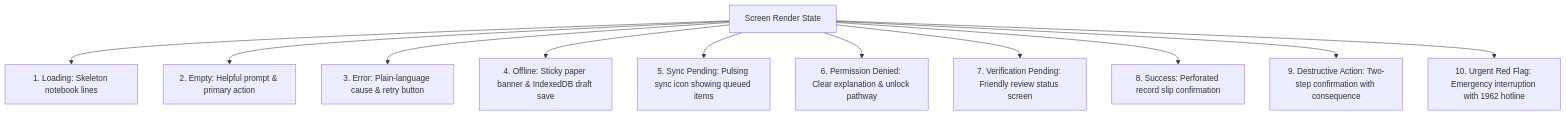
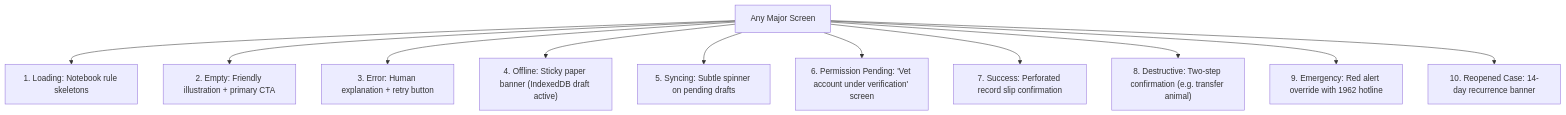
Before and after one commit to chetanbhagore/PashuSachet: the second of 2 diagrams in FRONTEND_DESIGN_SPEC.md, drawn with Mermaid. The commit also changed other lines of this file, not shown here.

````diff
--- a/FRONTEND_DESIGN_SPEC.md
+++ b/FRONTEND_DESIGN_SPEC.md
@@ -296,13 +192,13 @@
 ```mermaid
 flowchart TD
-    State["Screen Render State"] --> S1["1. Loading: Skeleton notebook lines"]
-    State --> S2["2. Empty: Helpful prompt & primary action"]
-    State --> S3["3. Error: Plain-language cause & retry button"]
-    State --> S4["4. Offline: Sticky paper banner & IndexedDB draft save"]
-    State --> S5["5. Sync Pending: Pulsing sync icon showing queued items"]
-    State --> S6["6. Permission Denied: Clear explanation & unlock pathway"]
-    State --> S7["7. Verification Pending: Friendly review status screen"]
-    State --> S8["8. Success: Perforated record slip confirmation"]
-    State --> S9["9. Destructive Action: Two-step confirmation with consequence"]
-    State --> S10["10. Urgent Red Flag: Emergency interruption with 1962 hotline"]
+    S["Any Major Screen"] --> S1["1. Loading: Notebook rule skeletons"]
+    S --> S2["2. Empty: Friendly illustration + primary CTA"]
+    S --> S3["3. Error: Human explanation + retry button"]
+    S --> S4["4. Offline: Sticky paper banner (IndexedDB draft active)"]
+    S --> S5["5. Syncing: Subtle spinner on pending drafts"]
+    S --> S6["6. Permission Pending: 'Vet account under verification' screen"]
+    S --> S7["7. Success: Perforated record slip confirmation"]
+    S --> S8["8. Destructive: Two-step confirmation (e.g. transfer animal)"]
+    S --> S9["9. Emergency: Red alert override with 1962 hotline"]
+    S --> S10["10. Reopened Case: 14-day recurrence banner"]
 ```
````
